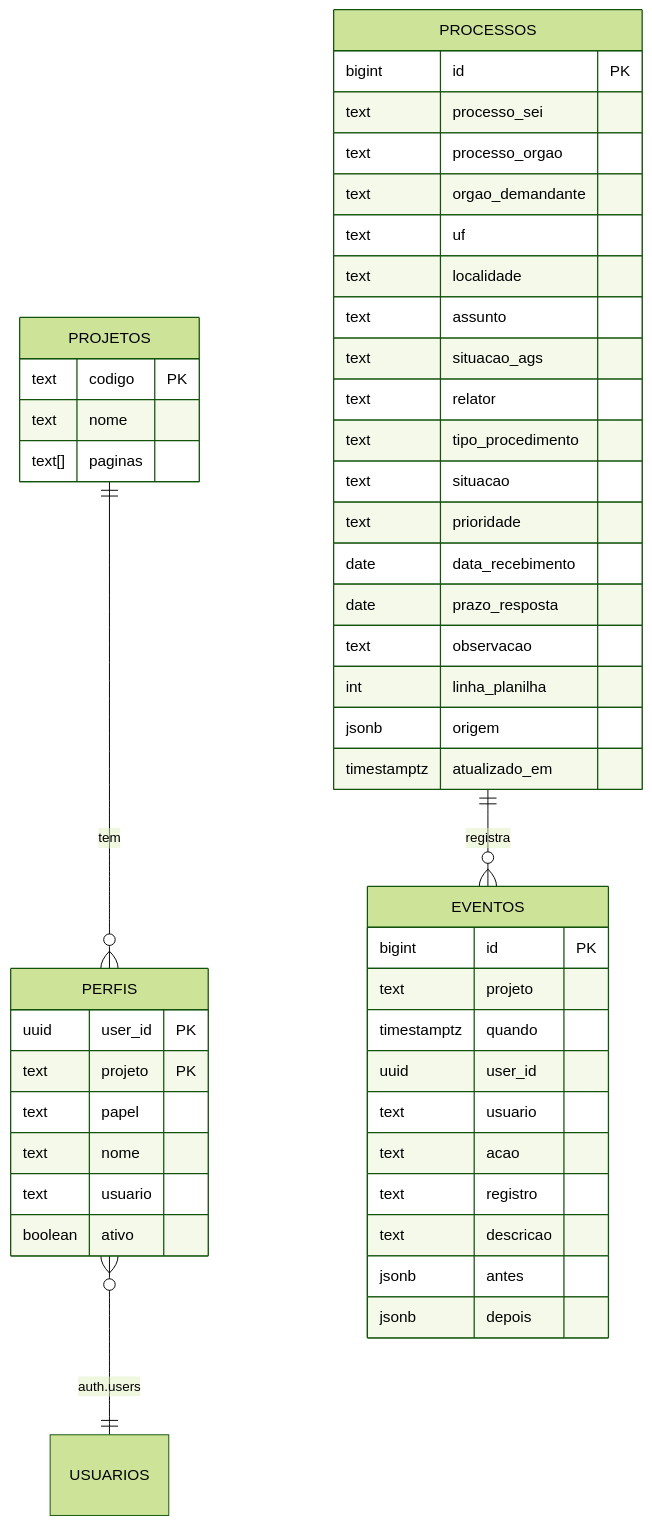
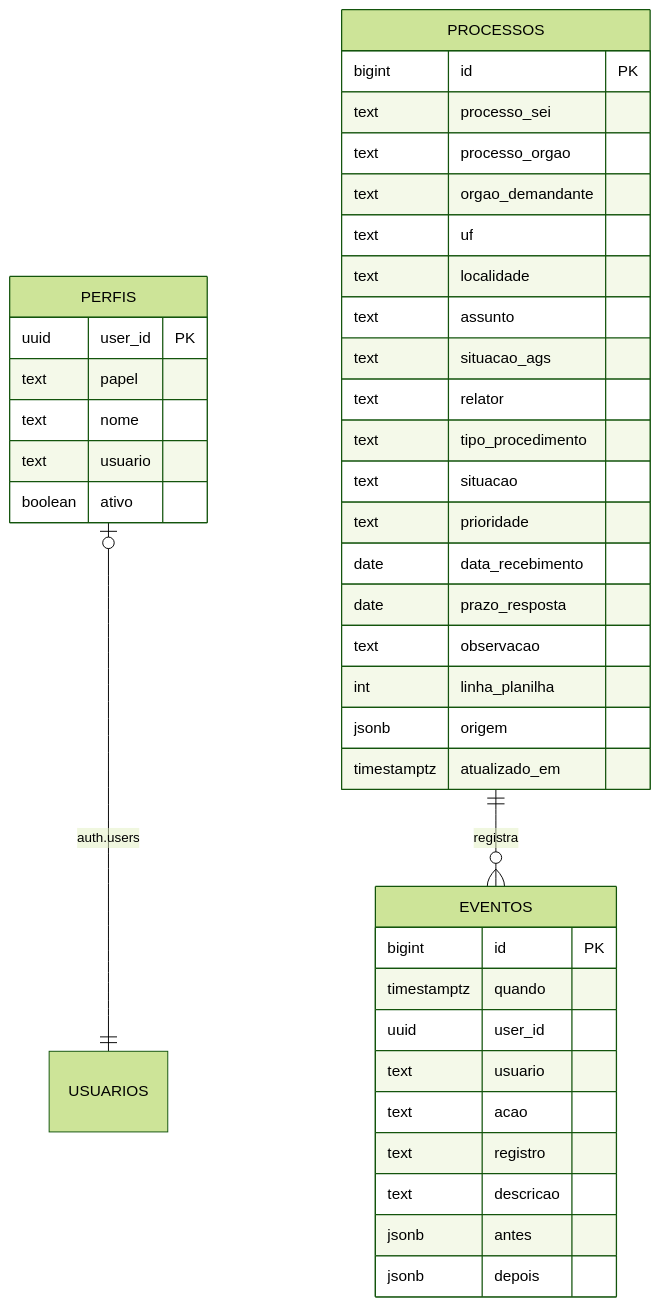
One commit to cnfpresiddata/ControleProcessosGabinete changed the second of 2 diagrams in docs/05-Arquitetura da Solução.md. Above: the diagram before and after it, drawn with Mermaid (forest theme). The commit also changed other lines of this file and 9 other files, not shown here.

Commit message:
Documentação: projeto independente no schema sispad, teste de isolamento

````diff
--- a/docs/05-Arquitetura da Solução.md
+++ b/docs/05-Arquitetura da Solução.md
@@ -42,51 +46,43 @@
 ```mermaid
 erDiagram
-  PROJETOS ||--o{ PERFIS : tem
-  PERFIS }o--|| USUARIOS : "auth.users"
+  PERFIS |o--|| USUARIOS : "auth.users"
   PROCESSOS ||--o{ EVENTOS : registra
-  PROJETOS {
-    text codigo PK
-    text nome
-    text[] paginas
-  }
   PERFIS {
     uuid user_id PK
-    text projeto PK
     text papel
     text nome
     text usuario
     boolean ativo
   }
   PROCESSOS {
     bigint id PK
     text processo_sei
     text processo_orgao
     text orgao_demandante
     text uf
     text localidade
     text assunto
     text situacao_ags
     text relator
     text tipo_procedimento
     text situacao
     text prioridade
     date data_recebimento
     date prazo_resposta
     text observacao
     int linha_planilha
     jsonb origem
     timestamptz atualizado_em
   }
   EVENTOS {
     bigint id PK
-    text projeto
     timestamptz quando
     uuid user_id
     text usuario
     text acao
     text registro
     text descricao
     jsonb antes
     jsonb depois
   }
 ```
````
